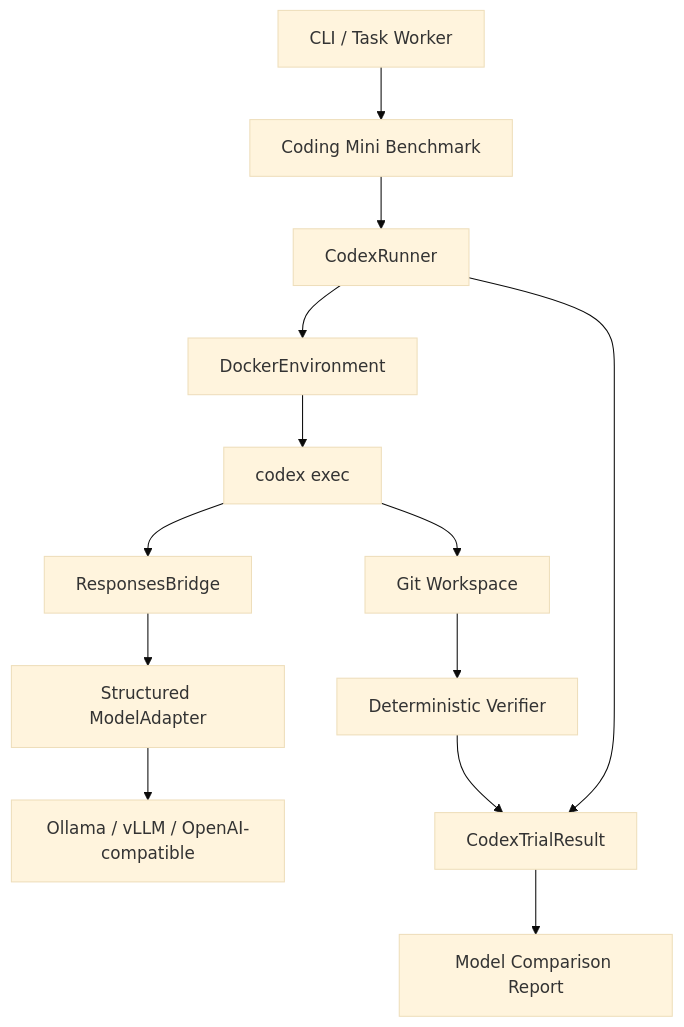
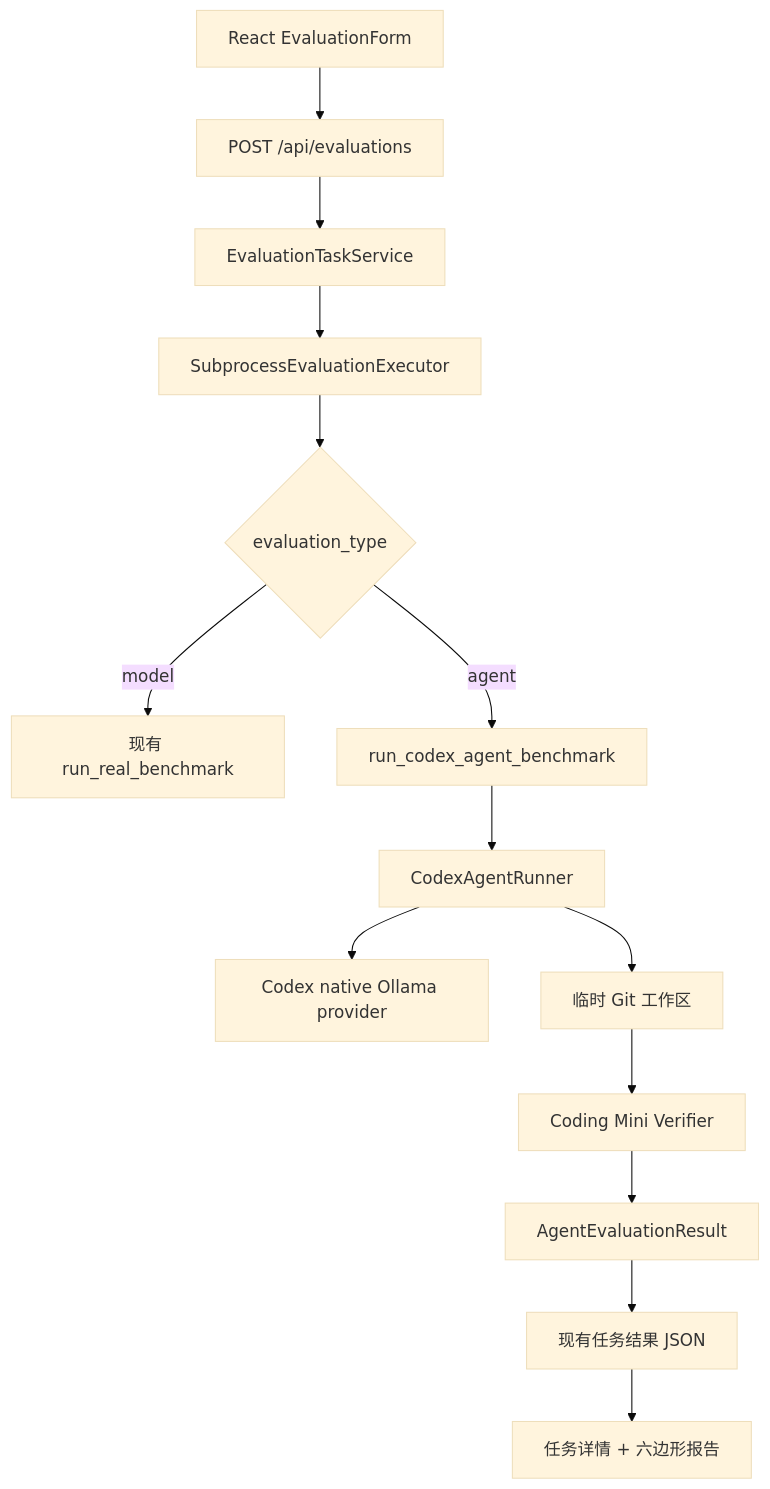
Before and after one commit to NEDONION/evalhub: the second of 5 diagrams in docs/superpowers/specs/20260804_Codex固定Agent壳基模评测工程设计.md, drawn with Mermaid (base theme). The commit also changed other lines of this file and 57 other files, not shown here.

Commit message:
feat: add persistent evaluation tasks and Codex agent runs

````diff
--- a/docs/superpowers/specs/20260804_Codex固定Agent壳基模评测工程设计.md
+++ b/docs/superpowers/specs/20260804_Codex固定Agent壳基模评测工程设计.md
@@ -101,15 +57,16 @@
 ```mermaid
 flowchart TB
-    Entry["CLI / Task Worker"] --> Benchmark["Coding Mini Benchmark"]
-    Benchmark --> Runner["CodexRunner"]
-    Runner --> Docker["DockerEnvironment"]
-    Docker --> Codex["codex exec"]
-    Codex --> Bridge["ResponsesBridge"]
-    Bridge --> Adapter["Structured ModelAdapter"]
-    Adapter --> Provider["Ollama / vLLM / OpenAI-compatible"]
-    Codex --> Workspace["Git Workspace"]
-    Workspace --> Verifier["Deterministic Verifier"]
-    Runner --> Result["CodexTrialResult"]
-    Verifier --> Result
-    Result --> Report["Model Comparison Report"]
+    UI["React EvaluationForm"] --> API["POST /api/evaluations"]
+    API --> Task["EvaluationTaskService"]
+    Task --> Worker["SubprocessEvaluationExecutor"]
+    Worker --> Dispatch{"evaluation_type"}
+    Dispatch -->|"model"| Existing["现有 run_real_benchmark"]
+    Dispatch -->|"agent"| Agent["run_codex_agent_benchmark"]
+    Agent --> Codex["CodexAgentRunner"]
+    Codex --> Ollama["Codex native Ollama provider"]
+    Codex --> Repo["临时 Git 工作区"]
+    Repo --> Verify["Coding Mini Verifier"]
+    Verify --> Result["AgentEvaluationResult"]
+    Result --> SQLite["现有任务结果 JSON"]
+    SQLite --> Detail["任务详情 + 六边形报告"]
 ```
````
